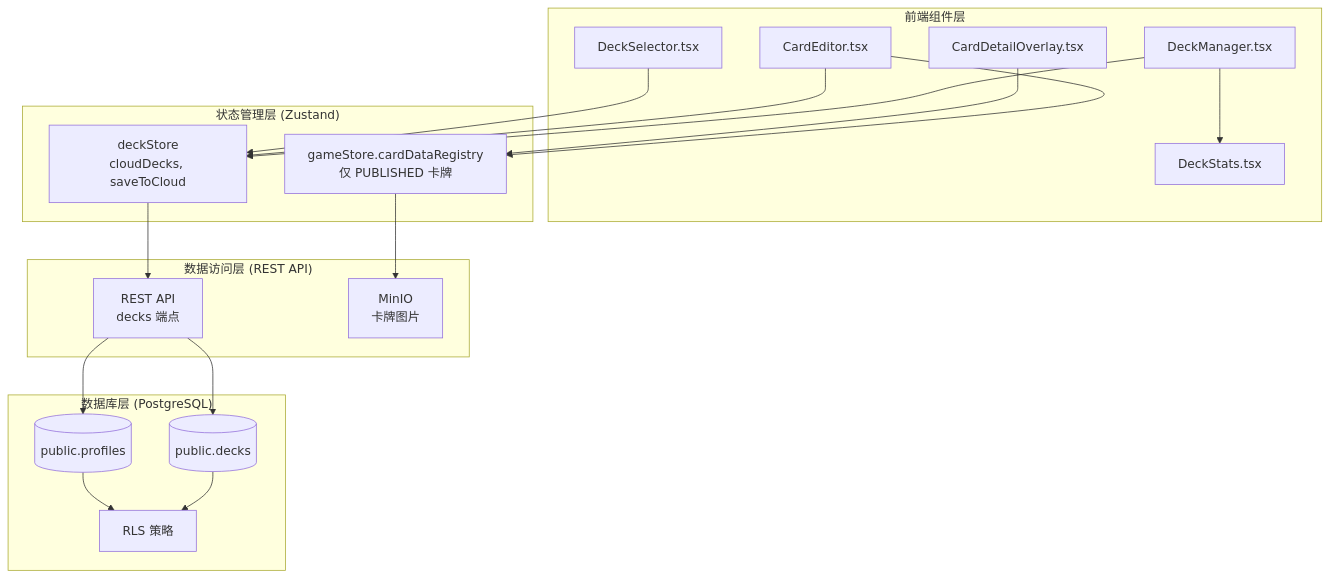
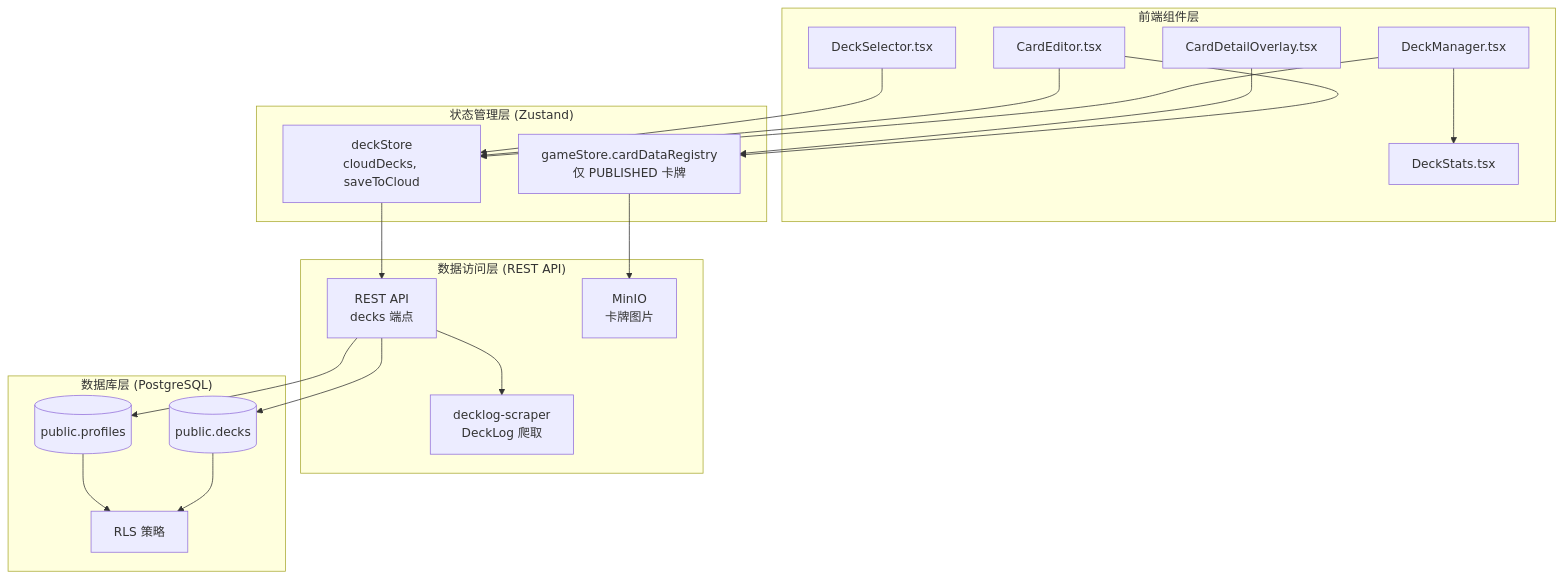
Before and after one commit to catmeow123456/loveca-dev: the first of 4 diagrams in docs/deck-management/design.md, drawn with Mermaid. The commit also changed other lines of this file and 27 other files, not shown here.

First line of the commit message:
feat(deck): DeckLog 卡组导入、API 健壮性改进与代码格式化

````diff
--- a/docs/deck-management/design.md
+++ b/docs/deck-management/design.md
@@ -10,39 +10,41 @@
 ```mermaid
 flowchart TB
     subgraph Frontend["前端组件层"]
         DM[DeckManager.tsx]
         CE[CardEditor.tsx]
         CDO[CardDetailOverlay.tsx]
         DST[DeckStats.tsx]
         DSE[DeckSelector.tsx]
     end
 
     subgraph State["状态管理层 (Zustand)"]
         DS[deckStore<br/>cloudDecks, saveToCloud]
         GDR[gameStore.cardDataRegistry<br/>仅 PUBLISHED 卡牌]
     end
 
     subgraph DataAccess["数据访问层 (REST API)"]
         SB1[REST API<br/>decks 端点]
         SB2[MinIO<br/>卡牌图片]
+        DLS[decklog-scraper<br/>DeckLog 爬取]
     end
 
     subgraph Database["数据库层 (PostgreSQL)"]
         DECKS[(public.decks)]
         PROFILES[(public.profiles)]
         RLS[RLS 策略]
     end
 
     DM --> DS
     DM --> DST
     CE --> DS
     CE --> GDR
     CDO --> GDR
     DSE --> DS
     DS --> SB1
+    SB1 --> DLS
     GDR --> SB2
     SB1 --> DECKS
     SB1 --> PROFILES
     DECKS --> RLS
     PROFILES --> RLS
 ```
````
